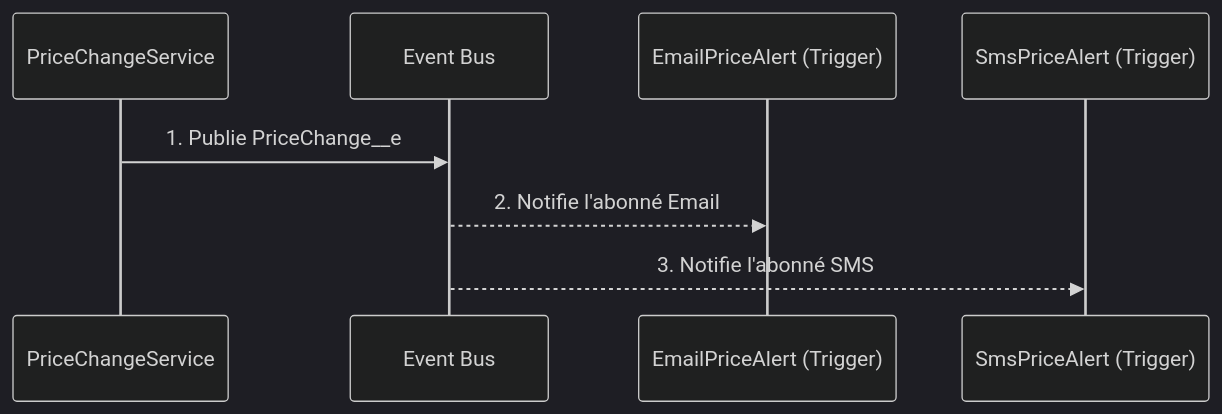
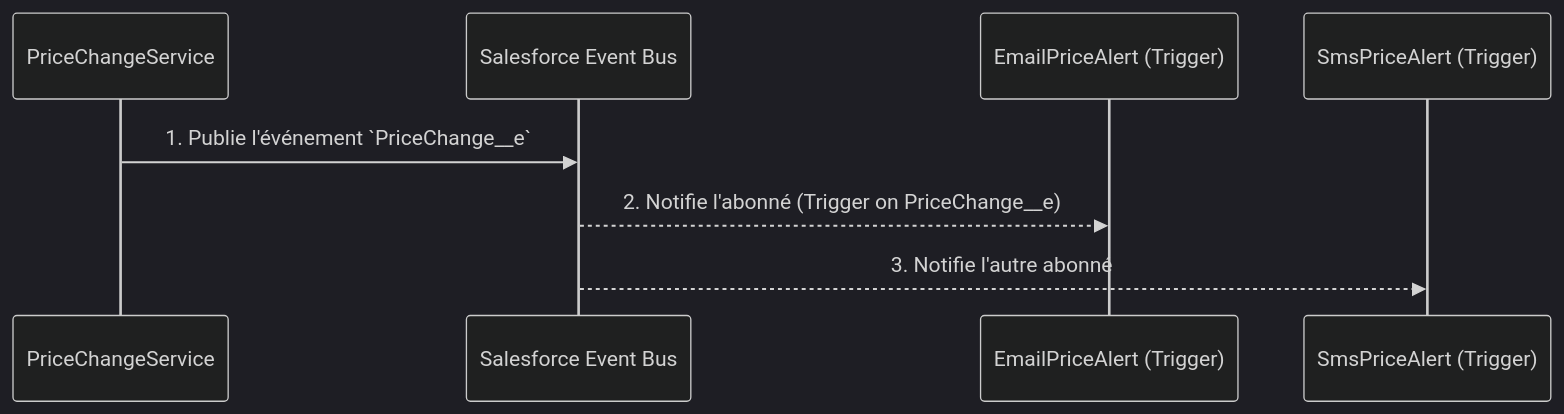
The fifth of 5 diagrams in README.md (Mohammedazri/-DevoTeam---Training-POO----Design-Pattern), drawn with Mermaid (dark theme) before and after one commit. The commit also changed other lines of this file, not shown here.

````diff
--- a/README.md
+++ b/README.md
@@ -180,11 +197,11 @@
 ```mermaid
 sequenceDiagram
     participant P as PriceChangeService
-    participant B as Event Bus
+    participant B as Salesforce Event Bus
     participant E as EmailPriceAlert (Trigger)
     participant S as SmsPriceAlert (Trigger)
 
-    P->>B: 1. Publie PriceChange__e
-    B-->>E: 2. Notifie l'abonné Email
-    B-->>S: 3. Notifie l'abonné SMS
+    P->>B: 1. Publie l'événement `PriceChange__e`
+    B-->>E: 2. Notifie l'abonné (Trigger on PriceChange__e)
+    B-->>S: 3. Notifie l'autre abonné
 ```
````
